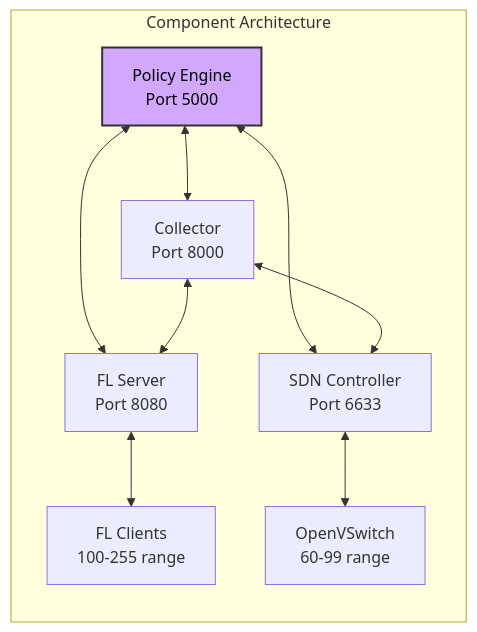
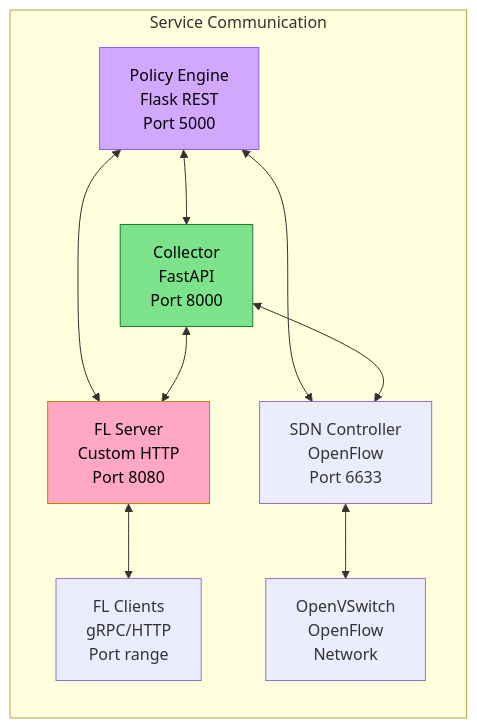
Before and after one commit to abdulmeLINK/flopy-net: the second of 12 diagrams in docs/docs/architecture/overview.md, drawn with Mermaid. The commit also changed other lines of this file and 147 other files, not shown here.

````diff
--- a/docs/docs/architecture/overview.md
+++ b/docs/docs/architecture/overview.md
@@ -87,14 +131,16 @@
 ```mermaid
 graph LR
-    subgraph "Component Architecture"
-        A[Policy Engine<br/>Port 5000] <--> B[Collector<br/>Port 8000]
-        A <--> C[FL Server<br/>Port 8080]
-        A <--> D[SDN Controller<br/>Port 6633]
+    subgraph "Service Communication"
+        A[Policy Engine<br/>Flask REST<br/>Port 5000] <--> B[Collector<br/>FastAPI<br/>Port 8000]
+        A <--> C[FL Server<br/>Custom HTTP<br/>Port 8080]
+        A <--> D[SDN Controller<br/>OpenFlow<br/>Port 6633]
         B <--> C
         B <--> D
-        C <--> E[FL Clients<br/>100-255 range]
-        D <--> F[OpenVSwitch<br/>60-99 range]
+        C <--> E[FL Clients<br/>gRPC/HTTP<br/>Port range]
+        D <--> F[OpenVSwitch<br/>OpenFlow<br/>Network]
     end
     
-    style A fill:#d2a8ff,stroke:#333,stroke-width:2px,color:#000
+    style A fill:#d2a8ff,stroke:#8b5cf6,color:#000
+    style B fill:#7ce38b,stroke:#1a7f37,color:#000
+    style C fill:#ffa7c4,stroke:#bf8700,color:#000
 ```
````
